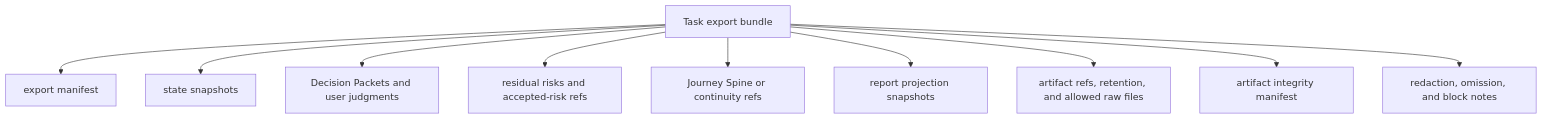
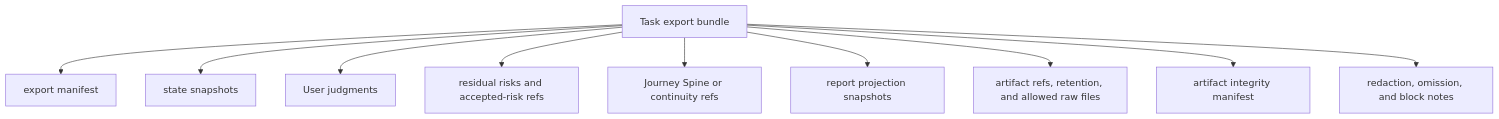
One commit to minjungw00/Harness_Project changed the eighth of 9 diagrams in docs/en/reference/operations-and-conformance.md. Above: the diagram before and after it, drawn with Mermaid. The commit also changed other lines of this file and 90 other files, not shown here.

````diff
--- a/docs/en/reference/operations-and-conformance.md
+++ b/docs/en/reference/operations-and-conformance.md
@@ -560,12 +560,12 @@
 ```mermaid
 flowchart TD
   Export["Task export bundle"] --> Manifest["export manifest"]
   Export --> State["state snapshots"]
-  Export --> Decisions["Decision Packets and user judgments"]
+  Export --> Decisions["User judgments"]
   Export --> Risks["residual risks and accepted-risk refs"]
   Export --> Journey["Journey Spine or continuity refs"]
   Export --> Projections["report projection snapshots"]
   Export --> Artifacts["artifact refs, retention, and allowed raw files"]
   Export --> Integrity["artifact integrity manifest"]
   Export --> Redaction["redaction, omission, and block notes"]
 ```
````
